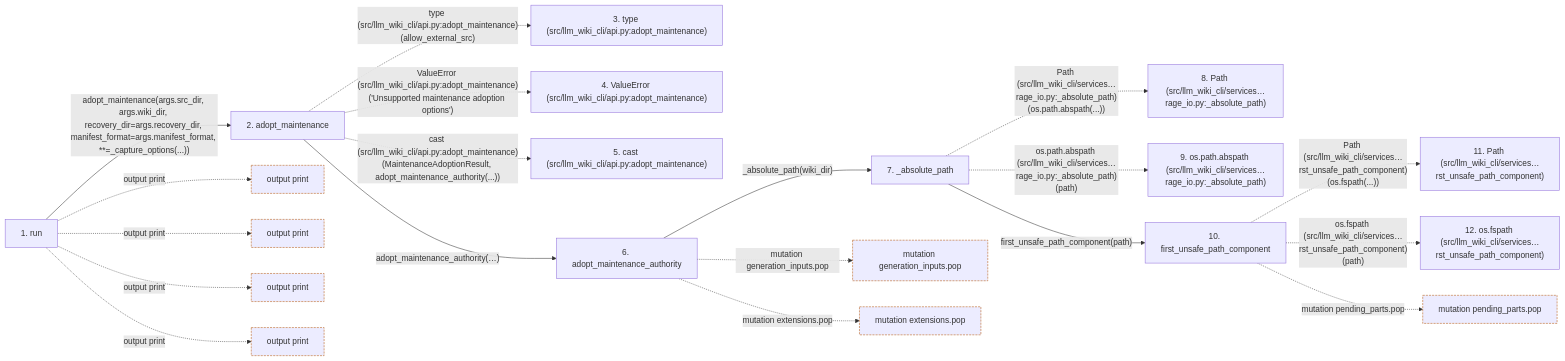
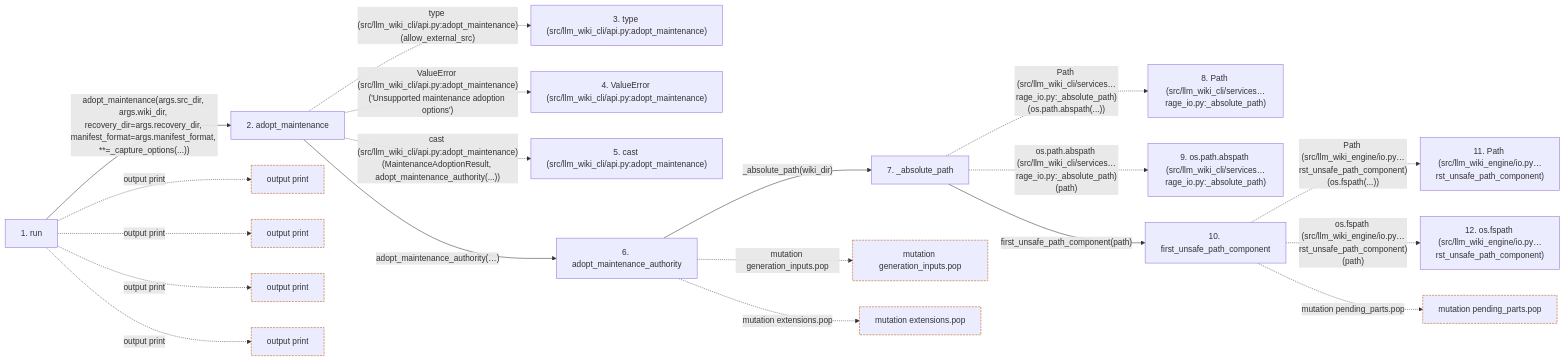
The second of 2 diagrams in docs/llm_wiki/flows/cli-maintenance.md (Denissvgn/python-wiki-llm), drawn with Mermaid before and after one commit. The commit also changed other lines of this file and 739 other files, not shown here.

First line of the commit message:
docs: refresh the wiki for the second engine batch

````diff
--- a/docs/llm_wiki/flows/cli-maintenance.md
+++ b/docs/llm_wiki/flows/cli-maintenance.md
@@ -197,53 +197,53 @@
 ```mermaid
 flowchart LR
     s1["1. run"]
     s2["2. adopt_maintenance"]
     s3["3. type (src/llm_wiki_cli/api.py:adopt_maintenance)"]
     s4["4. ValueError (src/llm_wiki_cli/api.py:adopt_maintenance)"]
     s5["5. cast (src/llm_wiki_cli/api.py:adopt_maintenance)"]
     s6["6. adopt_maintenance_authority"]
     s7["7. _absolute_path"]
     s8["8. Path (src/llm_wiki_cli/services…rage_io.py:_absolute_path)"]
     s9["9. os.path.abspath (src/llm_wiki_cli/services…rage_io.py:_absolute_path)"]
     s10["10. first_unsafe_path_component"]
-    s11["11. Path (src/llm_wiki_cli/services…rst_unsafe_path_component)"]
-    s12["12. os.fspath (src/llm_wiki_cli/services…rst_unsafe_path_component)"]
+    s11["11. Path (src/llm_wiki_engine/io.py…rst_unsafe_path_component)"]
+    s12["12. os.fspath (src/llm_wiki_engine/io.py…rst_unsafe_path_component)"]
     s1 -->|"adopt_maintenance(args.src_dir, args.wiki_dir, recovery_dir=args.recovery_dir, manifest_format=args.manifest_format, **=_capture_options(...))"| s2
     s2 -. "type (src/llm_wiki_cli/api.py:adopt_maintenance)(allow_external_src)" .-> s3
     s2 -. "ValueError (src/llm_wiki_cli/api.py:adopt_maintenance)('Unsupported maintenance adoption options')" .-> s4
     s2 -. "cast (src/llm_wiki_cli/api.py:adopt_maintenance)(MaintenanceAdoptionResult, adopt_maintenance_authority(...))" .-> s5
     s2 -->|"adopt_maintenance_authority(…)"| s6
     s6 -->|"_absolute_path(wiki_dir)"| s7
     s7 -. "Path (src/llm_wiki_cli/services…rage_io.py:_absolute_path)(os.path.abspath(...))" .-> s8
     s7 -. "os.path.abspath (src/llm_wiki_cli/services…rage_io.py:_absolute_path)(path)" .-> s9
     s7 -->|"first_unsafe_path_component(path)"| s10
-    s10 -. "Path (src/llm_wiki_cli/services…rst_unsafe_path_component)(os.fspath(...))" .-> s11
-    s10 -. "os.fspath (src/llm_wiki_cli/services…rst_unsafe_path_component)(path)" .-> s12
+    s10 -. "Path (src/llm_wiki_engine/io.py…rst_unsafe_path_component)(os.fspath(...))" .-> s11
+    s10 -. "os.fspath (src/llm_wiki_engine/io.py…rst_unsafe_path_component)(path)" .-> s12
     b0["output print"]
     s1 -. "output print" .-> b0
     b1["output print"]
     s1 -. "output print" .-> b1
     b2["output print"]
     s1 -. "output print" .-> b2
     b3["output print"]
     s1 -. "output print" .-> b3
     b4["mutation generation_inputs.pop"]
     s6 -. "mutation generation_inputs.pop" .-> b4
     b5["mutation extensions.pop"]
     s6 -. "mutation extensions.pop" .-> b5
     b6["mutation pending_parts.pop"]
     s10 -. "mutation pending_parts.pop" .-> b6
     click s1 "../modules/maintenance_cmd.md"
     click s2 "../modules/api.md"
     click s6 "../modules/maintenance_service.md"
     click s7 "../modules/knowledge_storage_io.md"
     click s10 "../modules/io.md"
     classDef boundary stroke:#b45309,stroke-dasharray: 4 2
     class b0 boundary
     class b1 boundary
     class b2 boundary
     class b3 boundary
     class b4 boundary
     class b5 boundary
     class b6 boundary
 ```
````
